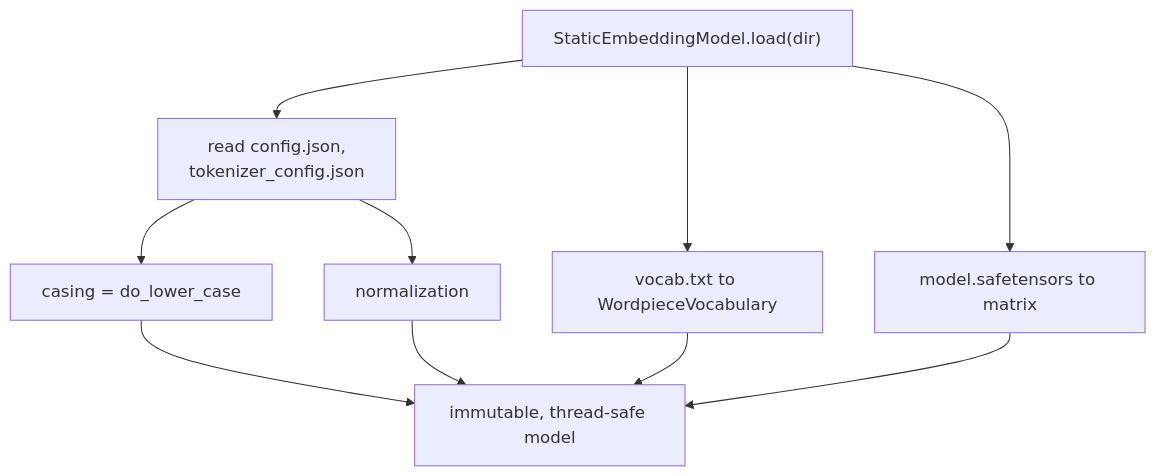
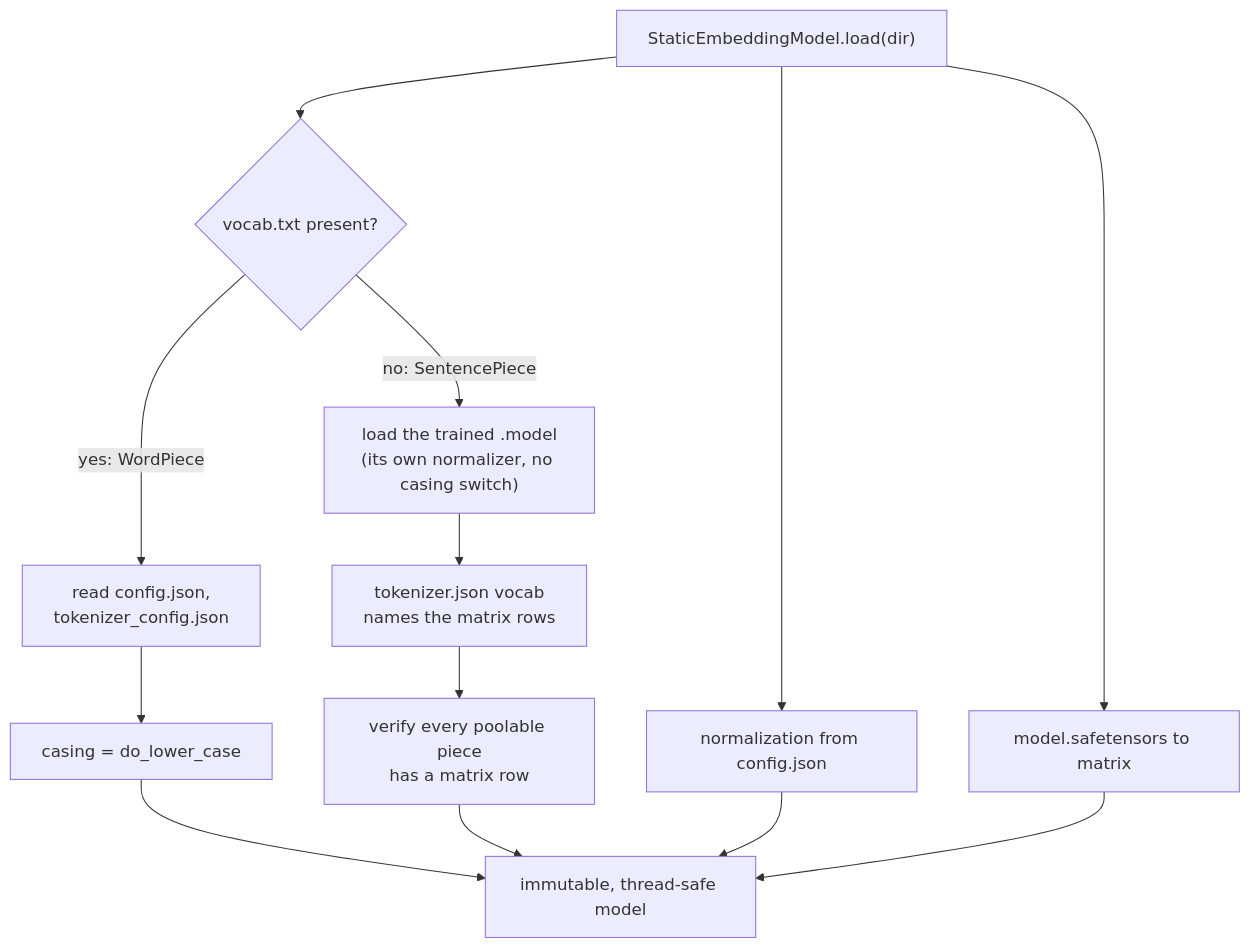
One commit to ai-pipestream/opennlp changed the second of 3 diagrams in opennlp-extensions/opennlp-embeddings/README.md. Above: the diagram before and after it, drawn with Mermaid. The commit also changed other lines of this file and 14 other files, not shown here.

First line of the commit message:
OPENNLP-1877: Support SentencePiece models through the SubwordTokenizer seam

````diff
--- a/opennlp-extensions/opennlp-embeddings/README.md
+++ b/opennlp-extensions/opennlp-embeddings/README.md
@@ -68,12 +74,15 @@
 ```mermaid
 flowchart TD
-  L["StaticEmbeddingModel.load(dir)"] --> CFG["read config.json,<br/>tokenizer_config.json"]
-  CFG --> CAS["casing = do_lower_case"]
-  CFG --> NRM["normalization"]
-  L --> VOC["vocab.txt to WordpieceVocabulary"]
+  L["StaticEmbeddingModel.load(dir)"] --> DET{"vocab.txt present?"}
+  DET -- "yes: WordPiece" --> WCFG["read config.json,<br/>tokenizer_config.json"]
+  WCFG --> CAS["casing = do_lower_case"]
+  DET -- "no: SentencePiece" --> SPM["load the trained .model<br/>(its own normalizer, no casing switch)"]
+  SPM --> TJ["tokenizer.json vocab<br/>names the matrix rows"]
+  TJ --> COV["verify every poolable piece<br/>has a matrix row"]
+  L --> NRM["normalization from config.json"]
   L --> MAT["model.safetensors to matrix"]
   CAS --> M["immutable, thread-safe model"]
+  COV --> M
   NRM --> M
-  VOC --> M
   MAT --> M
 ```
````
